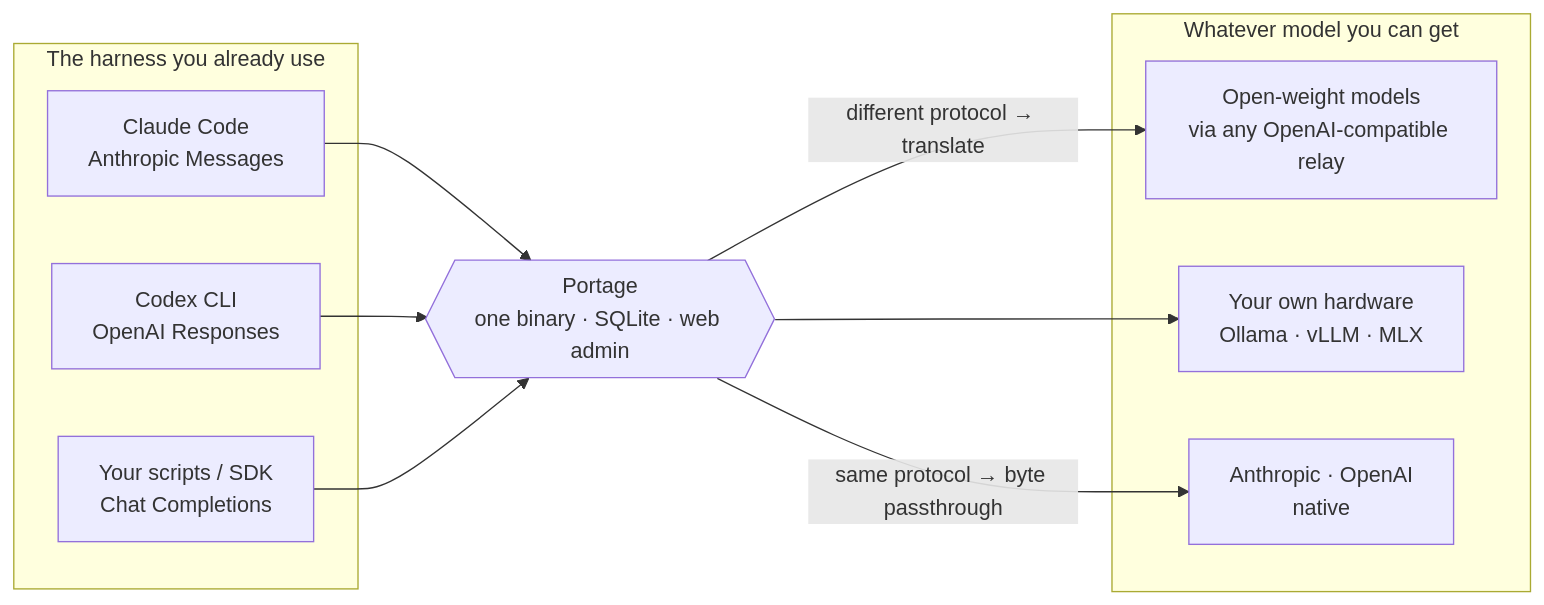
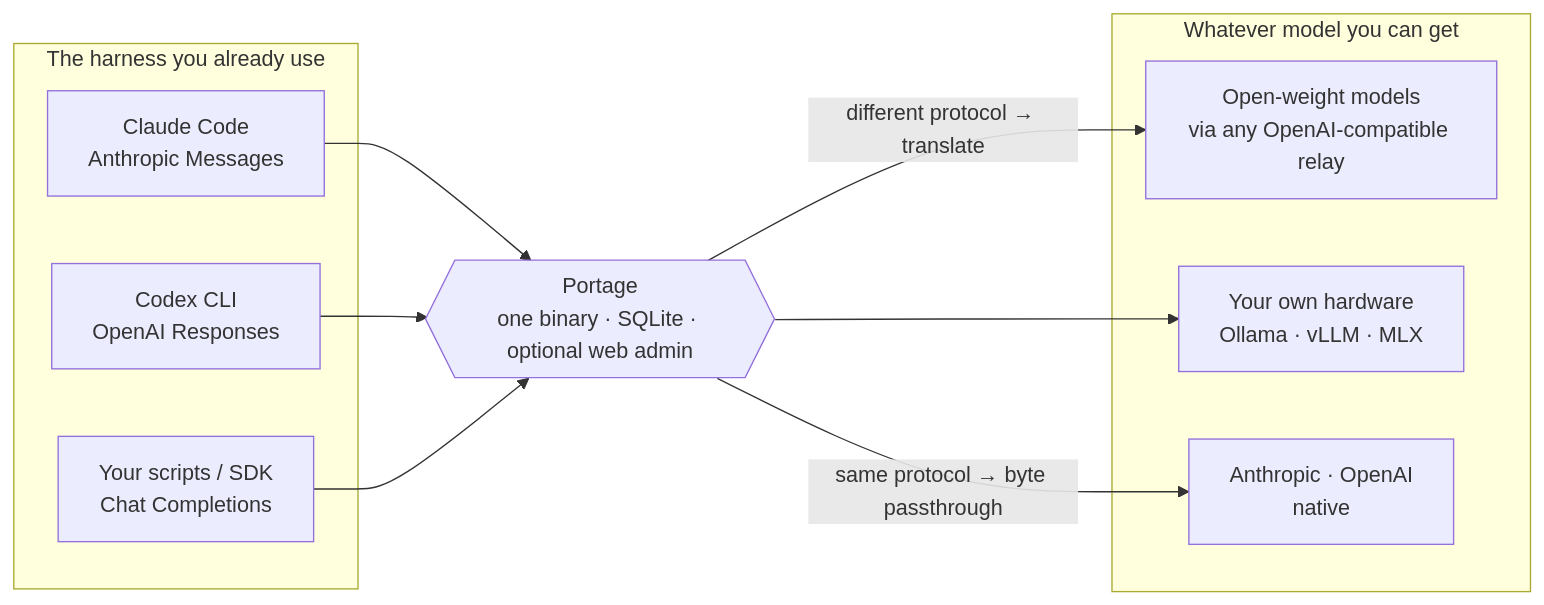
Before and after one commit to SimonGino/portage: the diagram in README.md, drawn with Mermaid. The commit also changed 1 other file, not shown here.

Commit message:
docs: 概览图节点标签改「可选管理端」——纯转发形态下管理面不注册（#39 转出项）
Claude-Session: https://claude.ai/code/session_01TRMCSAE1AS8YgWBKN52T5x

````diff
--- a/README.md
+++ b/README.md
@@ -24,23 +24,23 @@
 ```mermaid
 flowchart LR
     subgraph clients["The harness you already use"]
         CC["Claude Code<br/>Anthropic Messages"]
         CX["Codex CLI<br/>OpenAI Responses"]
         APP["Your scripts / SDK<br/>Chat Completions"]
     end
 
-    PG{{"Portage<br/>one binary · SQLite · web admin"}}
+    PG{{"Portage<br/>one binary · SQLite · optional web admin"}}
 
     subgraph up["Whatever model you can get"]
         T["Open-weight models<br/>via any OpenAI-compatible relay"]
         L["Your own hardware<br/>Ollama · vLLM · MLX"]
         A["Anthropic · OpenAI<br/>native"]
     end
 
     CC --> PG
     CX --> PG
     APP --> PG
     PG -- "different protocol → translate" --> T
     PG --> L
     PG -- "same protocol → byte passthrough" --> A
 ```
````
